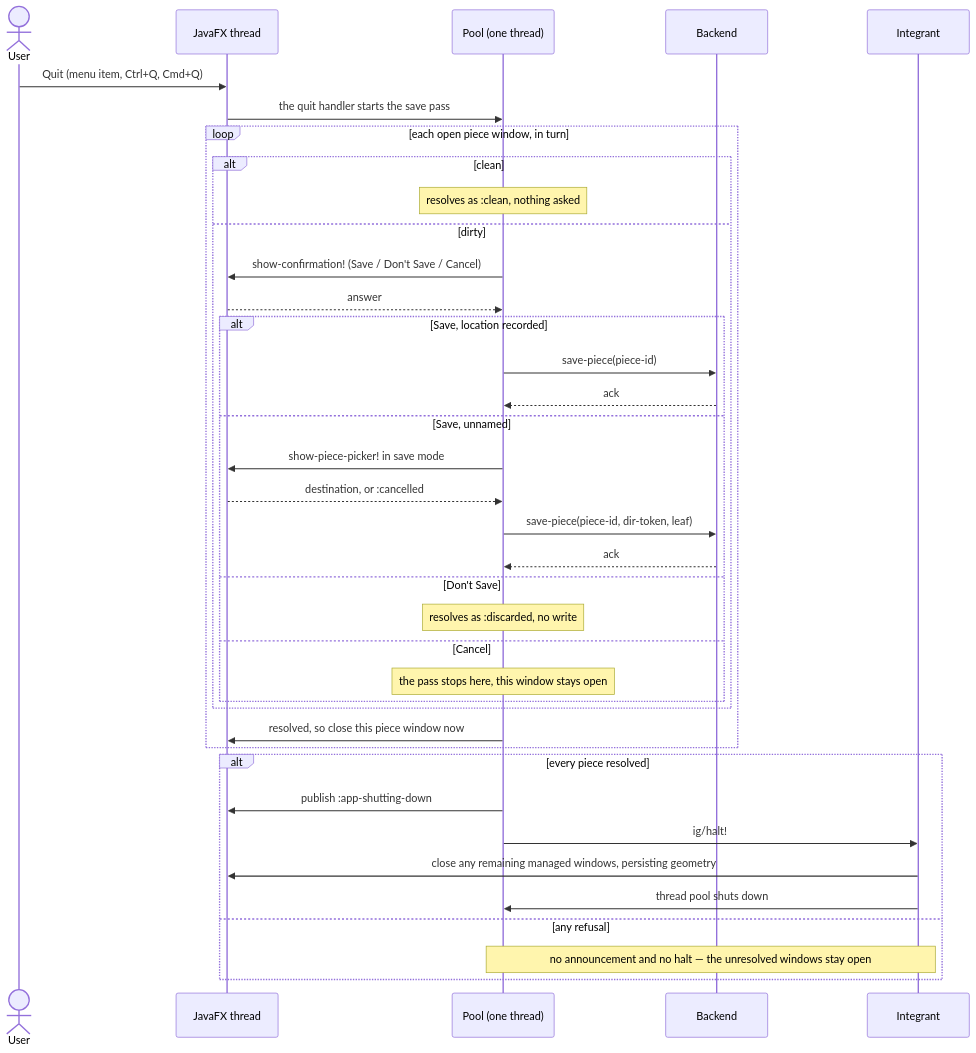
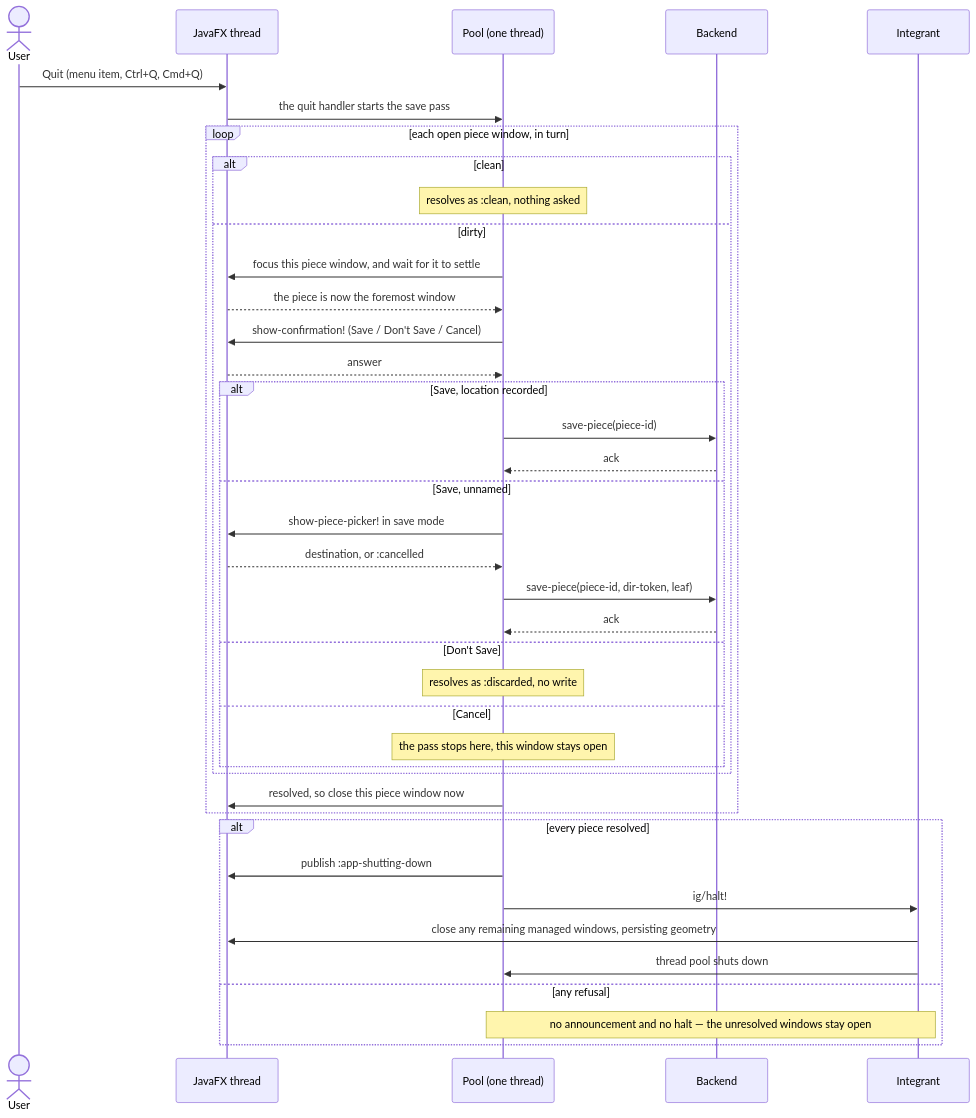
The second of 2 diagrams in guides/FRONTEND_ARCHITECTURE_GUIDE.md (PeterBengtson/Ooloi-docs), drawn with Mermaid before and after one commit. The commit also changed other lines of this file, not shown here.

Commit message:
Documentation sync 2026-07-21

````diff
--- a/guides/FRONTEND_ARCHITECTURE_GUIDE.md
+++ b/guides/FRONTEND_ARCHITECTURE_GUIDE.md
@@ -412,41 +413,43 @@
 ```mermaid
 sequenceDiagram
     actor User
     participant JAT as JavaFX thread
     participant Pool as Pool (one thread)
     participant SRV as Backend
     participant IG as Integrant
 
     User->>JAT: Quit (menu item, Ctrl+Q, Cmd+Q)
     JAT->>Pool: the quit handler starts the save pass
     loop each open piece window, in turn
         alt clean
             Note over Pool: resolves as :clean, nothing asked
         else dirty
+            Pool->>JAT: focus this piece window, and wait for it to settle
+            JAT-->>Pool: the piece is now the foremost window
             Pool->>JAT: show-confirmation! (Save / Don't Save / Cancel)
             JAT-->>Pool: answer
             alt Save, location recorded
                 Pool->>SRV: save-piece(piece-id)
                 SRV-->>Pool: ack
             else Save, unnamed
                 Pool->>JAT: show-piece-picker! in save mode
                 JAT-->>Pool: destination, or :cancelled
                 Pool->>SRV: save-piece(piece-id, dir-token, leaf)
                 SRV-->>Pool: ack
             else Don't Save
                 Note over Pool: resolves as :discarded, no write
             else Cancel
                 Note over Pool: the pass stops here, this window stays open
             end
         end
         Pool->>JAT: resolved, so close this piece window now
     end
     alt every piece resolved
         Pool->>JAT: publish :app-shutting-down
         Pool->>IG: ig/halt!
         IG->>JAT: close any remaining managed windows, persisting geometry
         IG->>Pool: thread pool shuts down
     else any refusal
         Note over Pool,IG: no announcement and no halt — the unresolved windows stay open
     end
 ```
````
